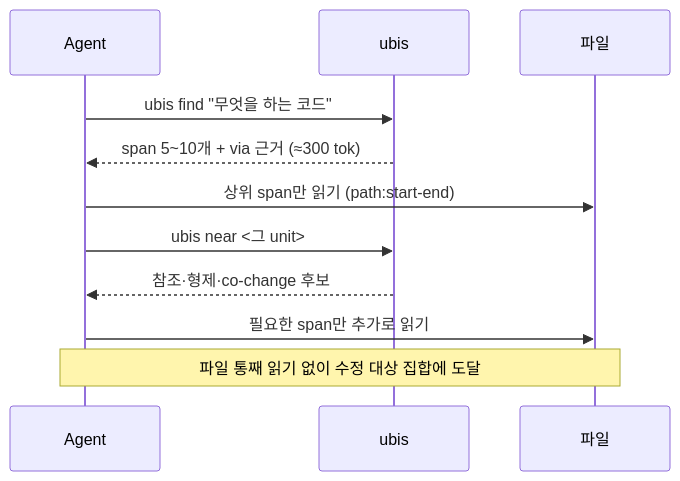
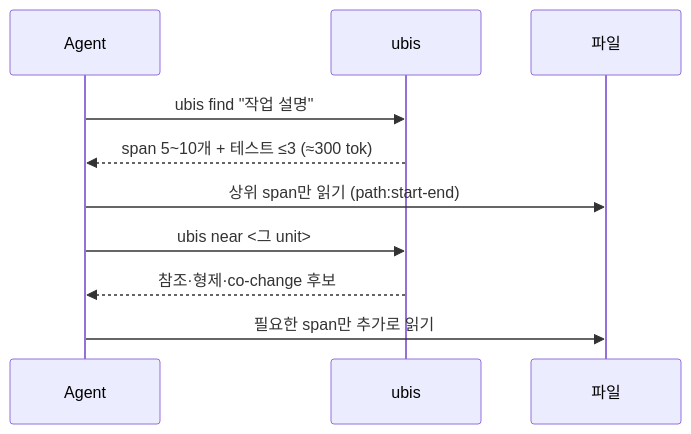
Before and after one commit to CREE1116/UBIS: the first of 2 diagrams in README.md, drawn with Mermaid. The commit also changed other lines of this file and 18 other files, not shown here.

````diff
--- a/README.md
+++ b/README.md
@@ -156,13 +174,12 @@
 ```mermaid
 sequenceDiagram
     participant A as Agent
     participant U as ubis
     participant F as 파일
-    A->>U: ubis find "무엇을 하는 코드"
-    U-->>A: span 5~10개 + via 근거 (≈300 tok)
+    A->>U: ubis find "작업 설명"
+    U-->>A: span 5~10개 + 테스트 ≤3 (≈300 tok)
     A->>F: 상위 span만 읽기 (path:start-end)
     A->>U: ubis near <그 unit>
     U-->>A: 참조·형제·co-change 후보
     A->>F: 필요한 span만 추가로 읽기
-    Note over A,F: 파일 통째 읽기 없이 수정 대상 집합에 도달
 ```
````
